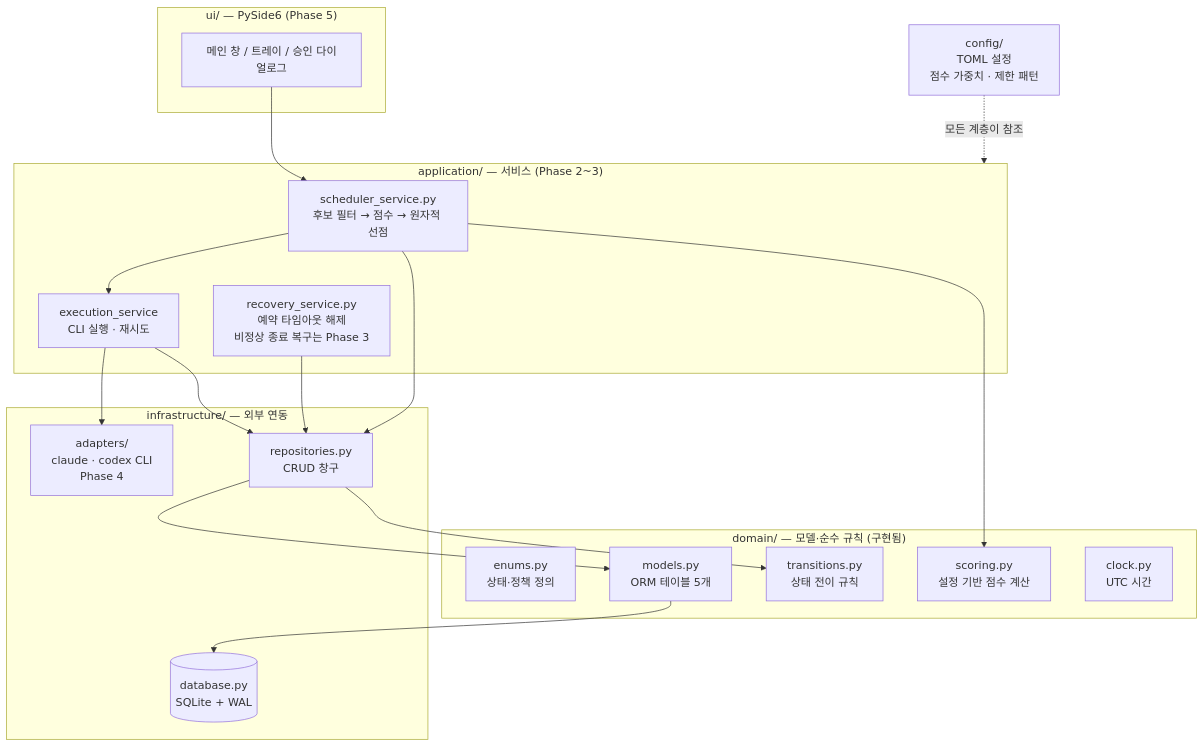
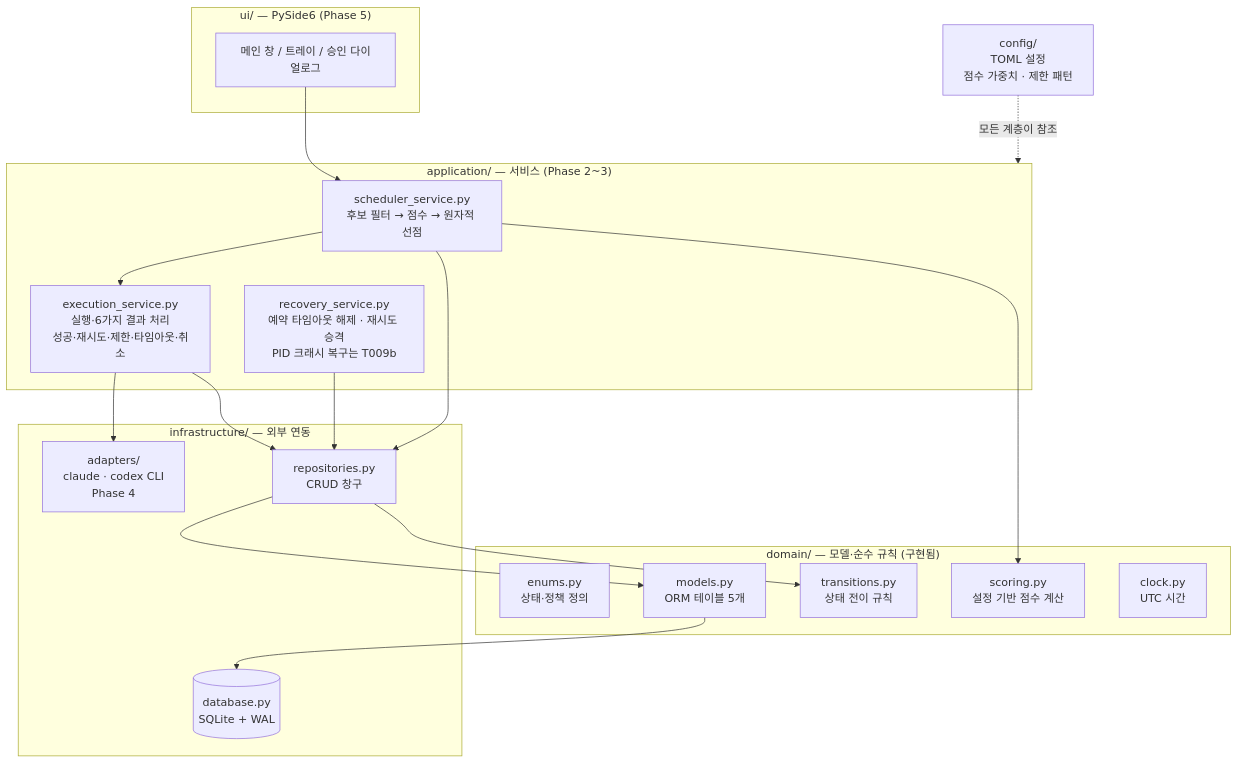
Before and after one commit to jasonwpgml/AQR: the first of 4 diagrams in ai-queue-runner/docs/ARCHITECTURE.md, drawn with Mermaid. The commit also changed other lines of this file and 14 other files, not shown here.

First line of the commit message:
feat: execution engine — AgentAdapter protocol, ExecutionService, retry promotion (T009)

````diff
--- a/ai-queue-runner/docs/ARCHITECTURE.md
+++ b/ai-queue-runner/docs/ARCHITECTURE.md
@@ -10,39 +10,39 @@
 ```mermaid
 flowchart TB
     subgraph UI["ui/ — PySide6 (Phase 5)"]
         MW[메인 창 / 트레이 / 승인 다이얼로그]
     end
 
     subgraph APP["application/ — 서비스 (Phase 2~3)"]
         SCHED[scheduler_service.py<br/>후보 필터 → 점수 → 원자적 선점]
-        EXEC[execution_service<br/>CLI 실행 · 재시도]
-        RECOV[recovery_service.py<br/>예약 타임아웃 해제<br/>비정상 종료 복구는 Phase 3]
+        EXEC[execution_service.py<br/>실행·6가지 결과 처리<br/>성공·재시도·제한·타임아웃·취소]
+        RECOV[recovery_service.py<br/>예약 타임아웃 해제 · 재시도 승격<br/>PID 크래시 복구는 T009b]
     end
 
     subgraph DOMAIN["domain/ — 모델·순수 규칙 (구현됨)"]
         ENUMS[enums.py<br/>상태·정책 정의]
         TRANS[transitions.py<br/>상태 전이 규칙]
         SCORE[scoring.py<br/>설정 기반 점수 계산]
         MODELS[models.py<br/>ORM 테이블 5개]
         CLOCK[clock.py<br/>UTC 시간]
     end
 
     subgraph INFRA["infrastructure/ — 외부 연동"]
         DB[(database.py<br/>SQLite + WAL)]
         REPO[repositories.py<br/>CRUD 창구]
         ADAPT[adapters/<br/>claude · codex CLI<br/>Phase 4]
     end
 
     CFG[config/<br/>TOML 설정<br/>점수 가중치 · 제한 패턴]
 
     MW --> SCHED
     SCHED --> EXEC --> ADAPT
     SCHED --> REPO
     SCHED --> SCORE
     EXEC --> REPO
     RECOV --> REPO
     REPO --> MODELS
     REPO --> TRANS
     MODELS --> DB
     CFG -.모든 계층이 참조.-> APP
 ```
````
